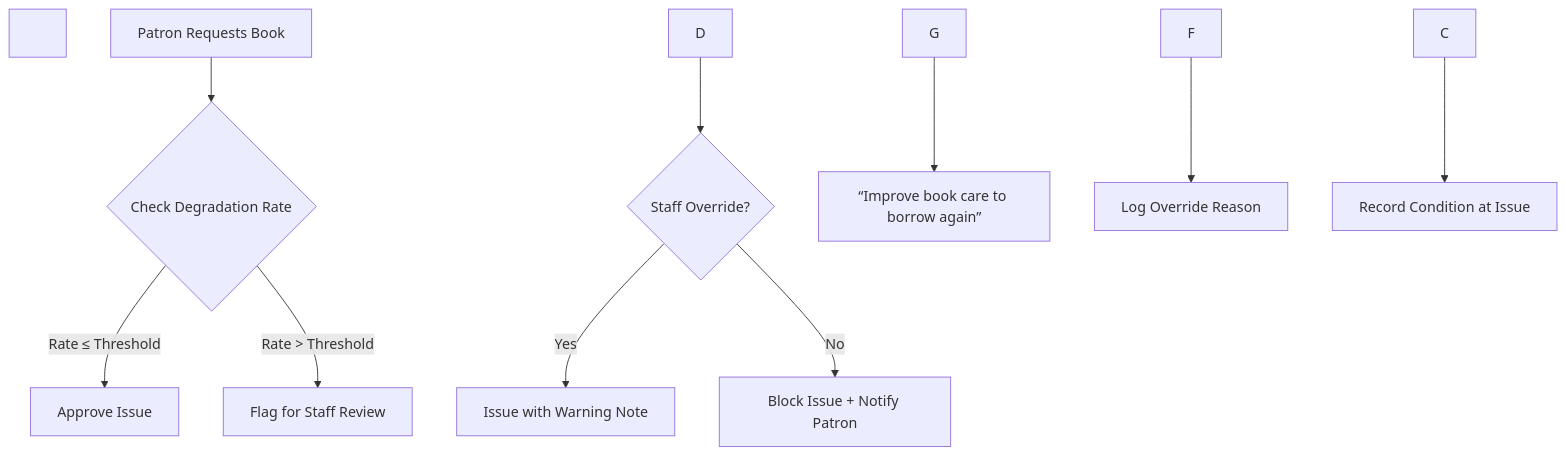
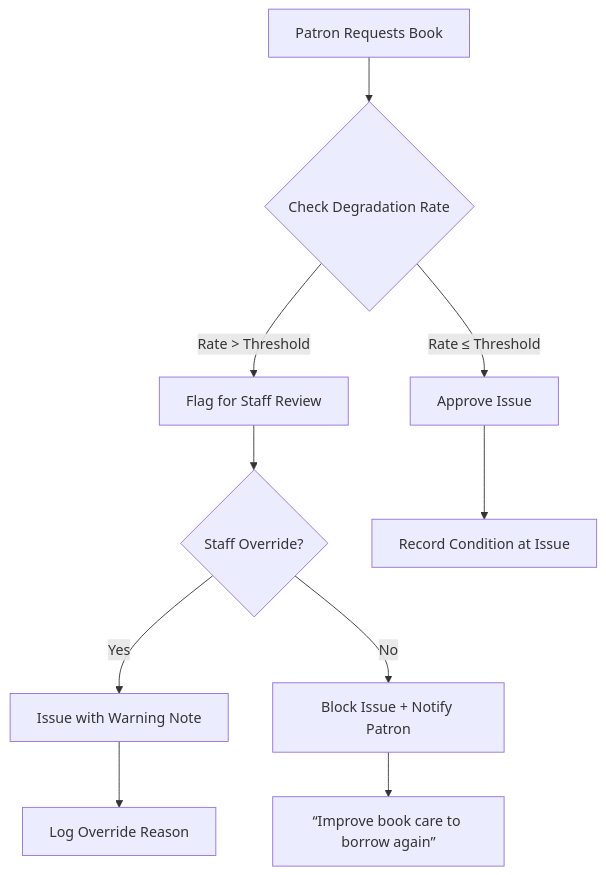
The first of 2 diagrams in .github/prompts/functionality_specs_expanded_1.prompt.md (noobix/alpha-rabbit-lms), drawn with Mermaid before and after one commit. The commit also changed other lines of this file and 21 other files, not shown here.

````diff
--- a/.github/prompts/functionality_specs_expanded_1.prompt.md
+++ b/.github/prompts/functionality_specs_expanded_1.prompt.md
@@ -305,23 +228,23 @@
 ```mermaid
 
 flowchart TD
 
-&nbsp;   A\[Patron Requests Book] --> B{Check Degradation Rate}
+    A[Patron Requests Book] --> B{Check Degradation Rate}
 
-&nbsp;   B -->|Rate ≤ Threshold| C\[Approve Issue]
+    B -->|Rate ≤ Threshold| C[Approve Issue]
 
-&nbsp;   B -->|Rate > Threshold| D\[Flag for Staff Review]
+    B -->|Rate > Threshold| D[Flag for Staff Review]
 
-&nbsp;   D --> E{Staff Override?}
+    D --> E{Staff Override?}
 
-&nbsp;   E -->|Yes| F\[Issue with Warning Note]
+    E -->|Yes| F[Issue with Warning Note]
 
-&nbsp;   E -->|No| G\[Block Issue + Notify Patron]
+    E -->|No| G[Block Issue + Notify Patron]
 
-&nbsp;   G --> H\[“Improve book care to borrow again”]
+    G --> H[“Improve book care to borrow again”]
 
-&nbsp;   F --> I\[Log Override Reason]
+    F --> I[Log Override Reason]
 
-&nbsp;   C --> J\[Record Condition at Issue]
+    C --> J[Record Condition at Issue]
 
 ```
````
